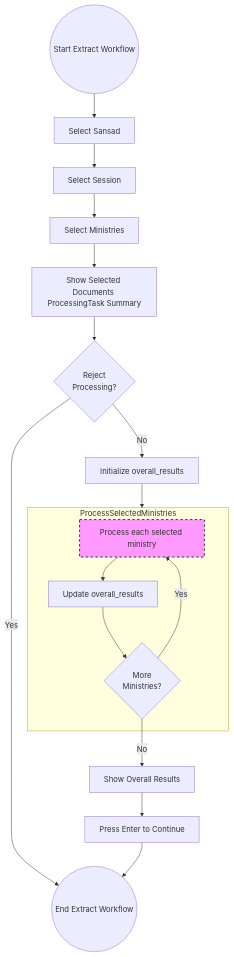
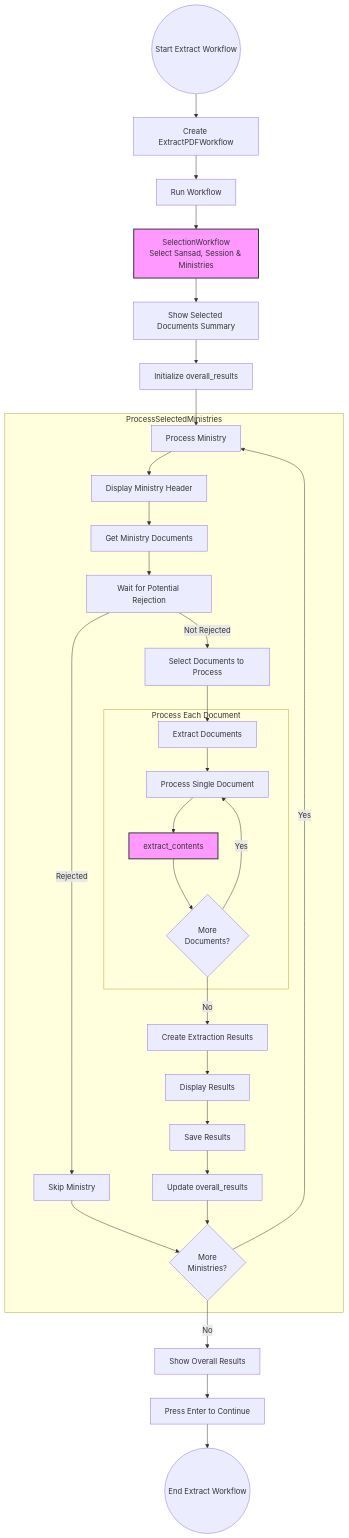
Before and after one commit to livelifelively/pipeline.loksabha-qna: the diagram in cli/py/extract_pdf/extract_pdf.workflow.mmd, drawn with Mermaid. The commit also changed 2 other files, not shown here.

```diff
--- a/cli/py/extract_pdf/extract_pdf.workflow.mmd
+++ b/cli/py/extract_pdf/extract_pdf.workflow.mmd
@@ -1,30 +1,50 @@
 graph TD;
-    Start((Start Extract Workflow)) --> SelectSansad["Select Sansad"];
-    SelectSansad --> SelectSession["Select Session"];
-    SelectSession --> SelectMinistries["Select Ministries"];
+    Start((Start Extract Workflow)) --> CreateWorkflow["Create ExtractPDFWorkflow"];
+    CreateWorkflow --> RunWorkflow["Run Workflow"];
     
-    SelectMinistries --> ShowSummary["Show Selected Documents ProcessingTask Summary"];
-    ShowSummary --> ConfirmExtraction{"Reject<br/>Processing?"};
-    ConfirmExtraction -- "Yes" --> End((End Extract Workflow));
-    ConfirmExtraction -- "No" --> InitResults["Initialize overall_results"];
+    RunWorkflow --> SelectionWorkflow["SelectionWorkflow<br/>Select Sansad, Session & Ministries"]:::external;
+    SelectionWorkflow --> ShowSummary["Show Selected Documents Summary"];
+    ShowSummary --> InitResults["Initialize overall_results"];
     
-    InitResults --> ProcessSelectedMinistries["Process Selected Ministries"];
+    InitResults --> ProcessMinistry["Process Selected Ministries"];
     
     subgraph ProcessSelectedMinistries
-        ProcessMinistry["Process each selected ministry"]:::clickable;
-        ProcessMinistry --> UpdateResults["Update overall_results"];
-        UpdateResults --> CheckMore{"More<br/>Ministries?"};
-        CheckMore -- "Yes" --> ProcessMinistry;
+        ProcessMinistry["Process Ministry"];
+        ProcessMinistry --> DisplayHeader["Display Ministry Header"];
+        DisplayHeader --> GetDocuments["Get Ministry Documents"];
+        GetDocuments --> WaitForRejection["Wait for Potential Rejection"];
+        WaitForRejection -- "Rejected" --> SkipMinistry["Skip Ministry"];
+        SkipMinistry --> CheckMore["Update overall_results"];
+        WaitForRejection -- "Not Rejected" --> SelectDocs["Select Documents to Process"];
+        SelectDocs --> ExtractDocs["Extract Documents"];
+        
+        subgraph DocumentProcessing["Process Each Document"]
+            ExtractDocs --> ProcessSingleDoc["Process Single Document"];
+            ProcessSingleDoc --> ExtractContents["extract_contents"]:::external;
+            ExtractContents --> CheckMoreDocs{"More<br/>Documents?"};
+            CheckMoreDocs -- "Yes" --> ProcessSingleDoc;
+        end
+        
+        CheckMoreDocs -- "No" --> CreateResults["Create Extraction Results"];
+        CreateResults --> DisplayResults["Display Results"];
+        DisplayResults --> SaveResults["Save Results"];
+        SaveResults --> UpdateOverall["Update overall_results"];
     end
     
+    UpdateOverall --> CheckMore{"More<br/>Ministries?"};
+    CheckMore -- "Yes" --> ProcessMinistry;
     CheckMore -- "No" --> ShowResults["Show Overall Results"];
     ShowResults --> WaitForInput["Press Enter to Continue"];
-    WaitForInput --> End;
+    WaitForInput --> End((End Extract Workflow));
     
-    %% Define styles for clickable nodes
-    classDef clickable fill:#f9f,stroke:#333,stroke-width:2px,stroke-dasharray: 5 5;
+    %% Define styles for internal vs external methods
+    classDef internal fill:#f5f5f5,stroke:#333,stroke-width:2px
+    classDef external fill:#f9f,stroke:#333,stroke-width:2px
+    
+    %% Apply styles to nodes
+    class SelectionWorkflow,ExtractContents external
     
     %% Add clickable links
     %% click SelectSansad "select_sansad_workflow.mmd" "Go to Sansad Selection"
     %% click SelectSession "select_session_workflow.mmd" "Go to Session Selection"
     %% click SelectMinistries "select_ministry_workflow.mmd" "Go to Ministry Selection"
```
